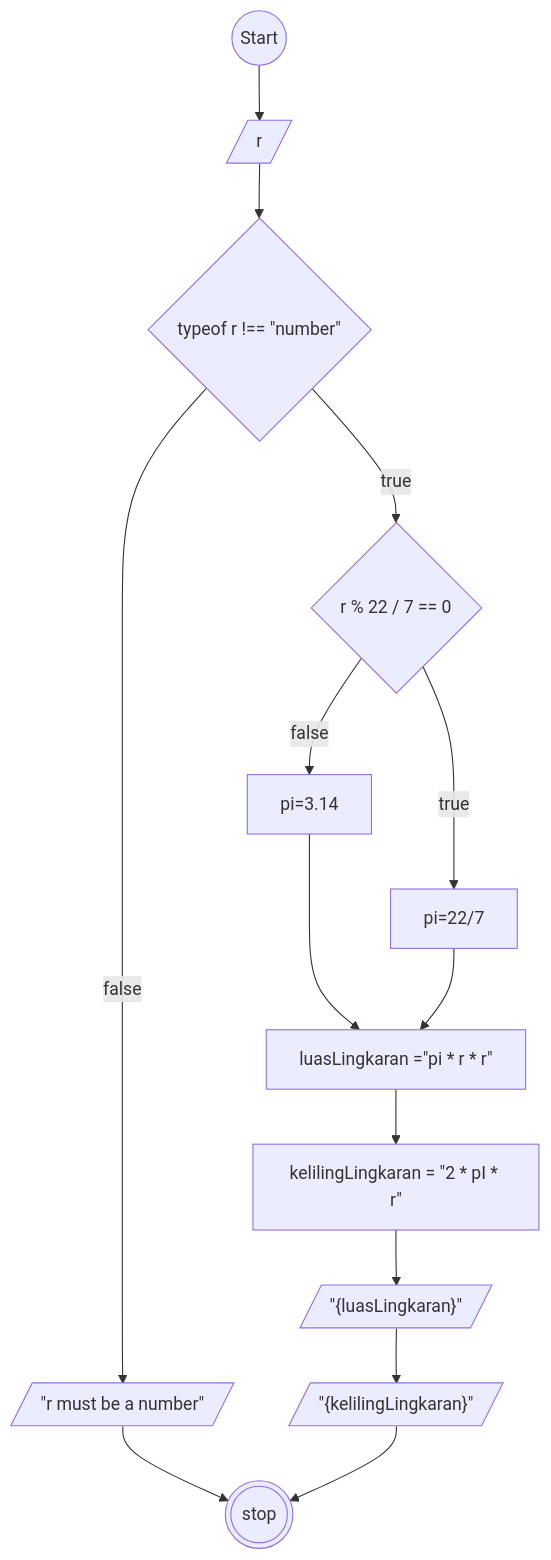
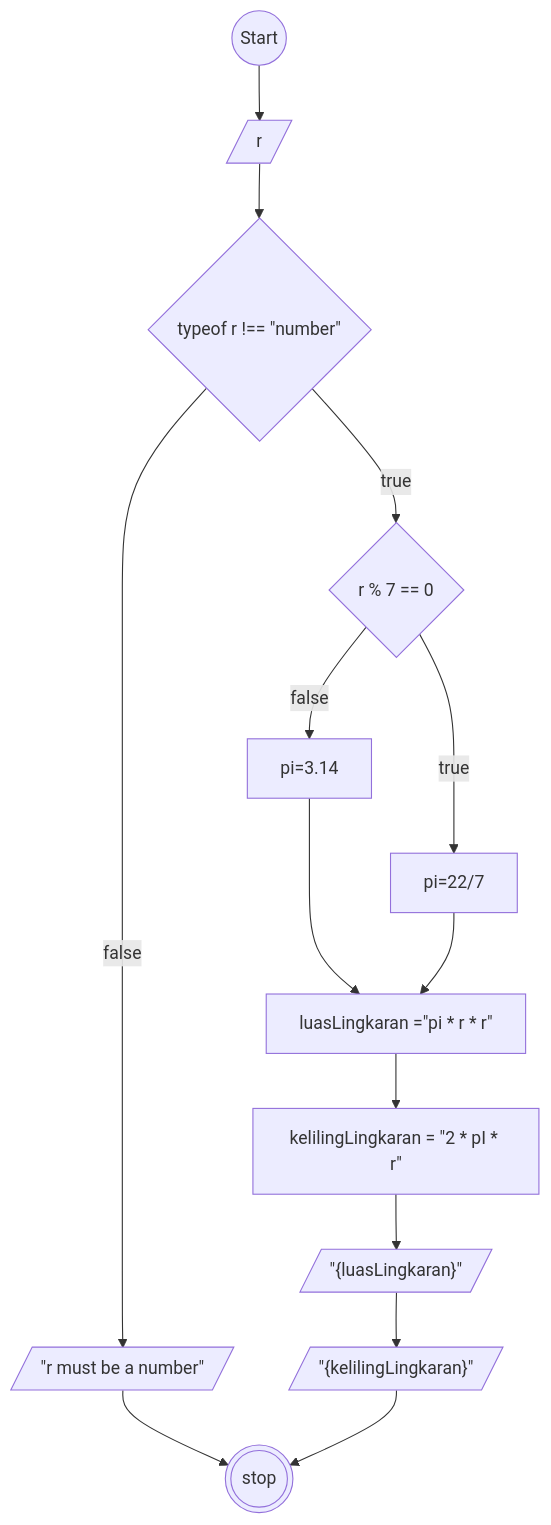
Before and after one commit to MuhammadWahyuPratama/Koda-b8-javascript1: the diagram in README.MD, drawn with Mermaid.

````diff
--- a/README.MD
+++ b/README.MD
@@ -7,28 +7,28 @@
 ```mermaid
 flowchart TD
 a@{shape: circle, label: "Start"}
 b@{shape: lean-r, label: "r" }
 d@{shape: rect, label: luasLingkaran ="pi * r * r"}
-z@{shape: diamond, label : "r % 22 / 7 == 0"}
+z@{shape: diamond, label : "r % 7 == 0"}
 y@{shape: rect, label: "pi=22/7" }
 x@{shape: rect, label: "pi=3.14"}
 e@{shape: rect, label: kelilingLingkaran = "2 * pI * r"}
 f@{shape: lean-r, label: '"{luasLingkaran}"'}
 g@{shape: lean-r, label: '"{kelilingLingkaran}"'}
 h@{shape: dbl-circ, label: "stop"}
 w@{shape: diamond, label: 'typeof r !== "number"'}
 l@{shape: lean-r, label: '"r must be a number"'}
 a-->b
 b-->w
 w--false-->l
 l-->h
 w--true-->z
 z-- true -->y
 z-- false -->x
 x-->d
 y-->d
 d-->e
 e-->f
 f-->g
 g-->h
 ```
````
